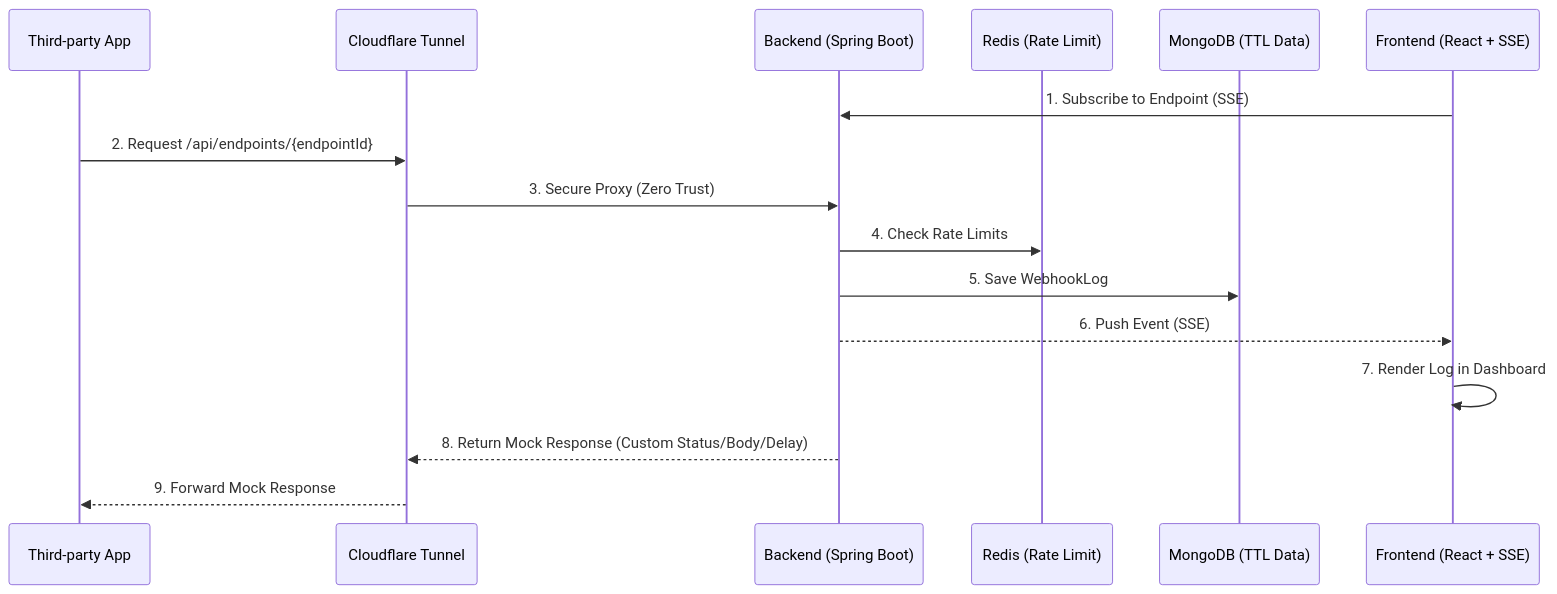
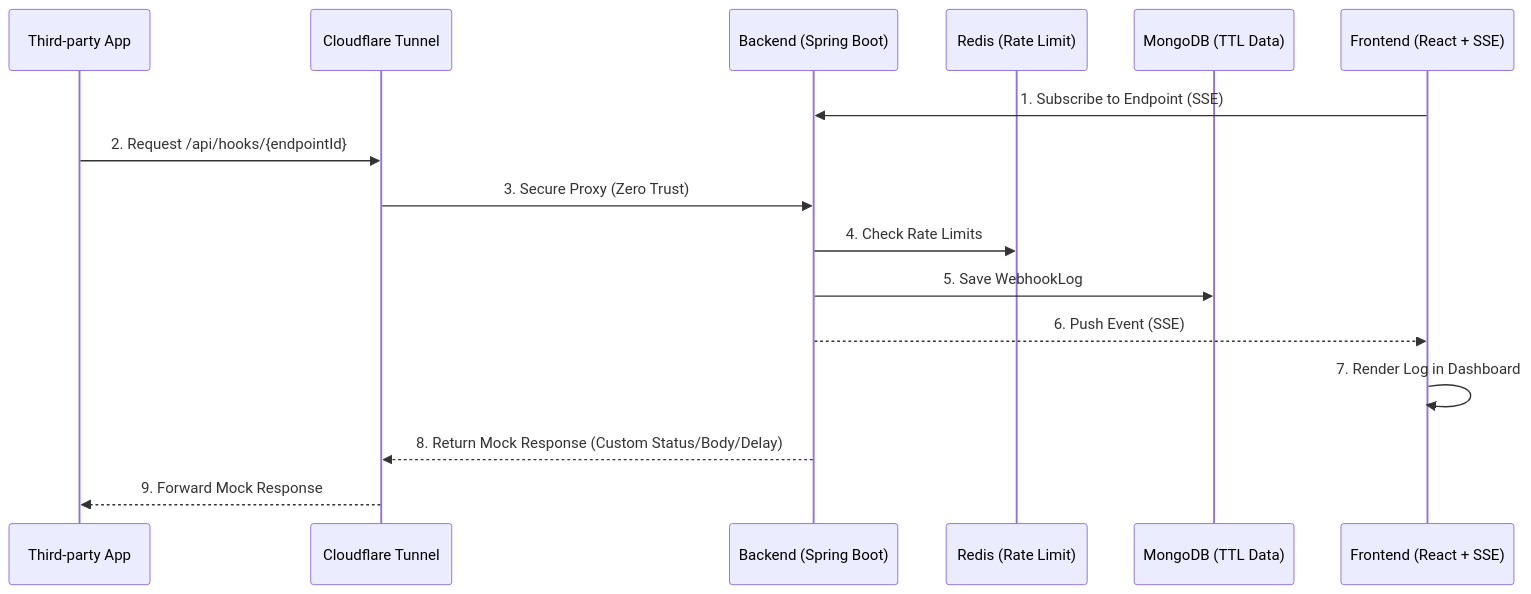
Before and after one commit to pottq577/flashhook: the diagram in README.md, drawn with Mermaid. The commit also changed 1 other file, not shown here.

Commit message:
fix(docs): WAF 예외 경로 및 아키텍처 다이어그램 오타 수정 (/api/endpoints/ -> /api/hooks/)
실제 외부 서비스에서 웹훅을 전송하는 경로는 /api/hooks/ 이므로,
WAF 봇 방어 예외 처리와 README 다이어그램의 경로를 정확한 수신 경로로 정정합니다.

````diff
--- a/README.md
+++ b/README.md
@@ -78,19 +78,19 @@
 ```mermaid
 sequenceDiagram
     participant WebhookSender as Third-party App
     participant CF as Cloudflare Tunnel
     participant Spring as Backend (Spring Boot)
     participant Redis as Redis (Rate Limit)
     participant Mongo as MongoDB (TTL Data)
     participant FE as Frontend (React + SSE)
 
     FE->>Spring: 1. Subscribe to Endpoint (SSE)
-    WebhookSender->>CF: 2. Request /api/endpoints/{endpointId}
+    WebhookSender->>CF: 2. Request /api/hooks/{endpointId}
     CF->>Spring: 3. Secure Proxy (Zero Trust)
     Spring->>Redis: 4. Check Rate Limits
     Spring->>Mongo: 5. Save WebhookLog
     Spring-->>FE: 6. Push Event (SSE)
     FE->>FE: 7. Render Log in Dashboard
     Spring-->>CF: 8. Return Mock Response (Custom Status/Body/Delay)
     CF-->>WebhookSender: 9. Forward Mock Response
 ```
````
